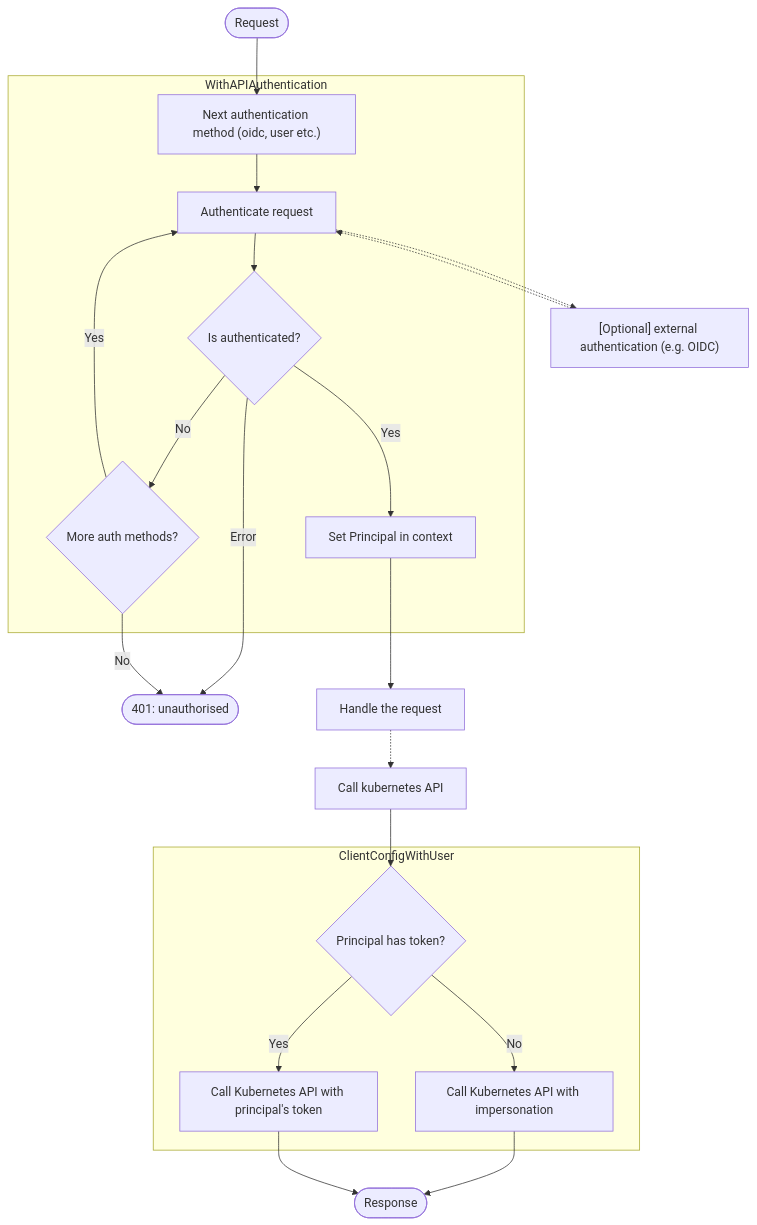
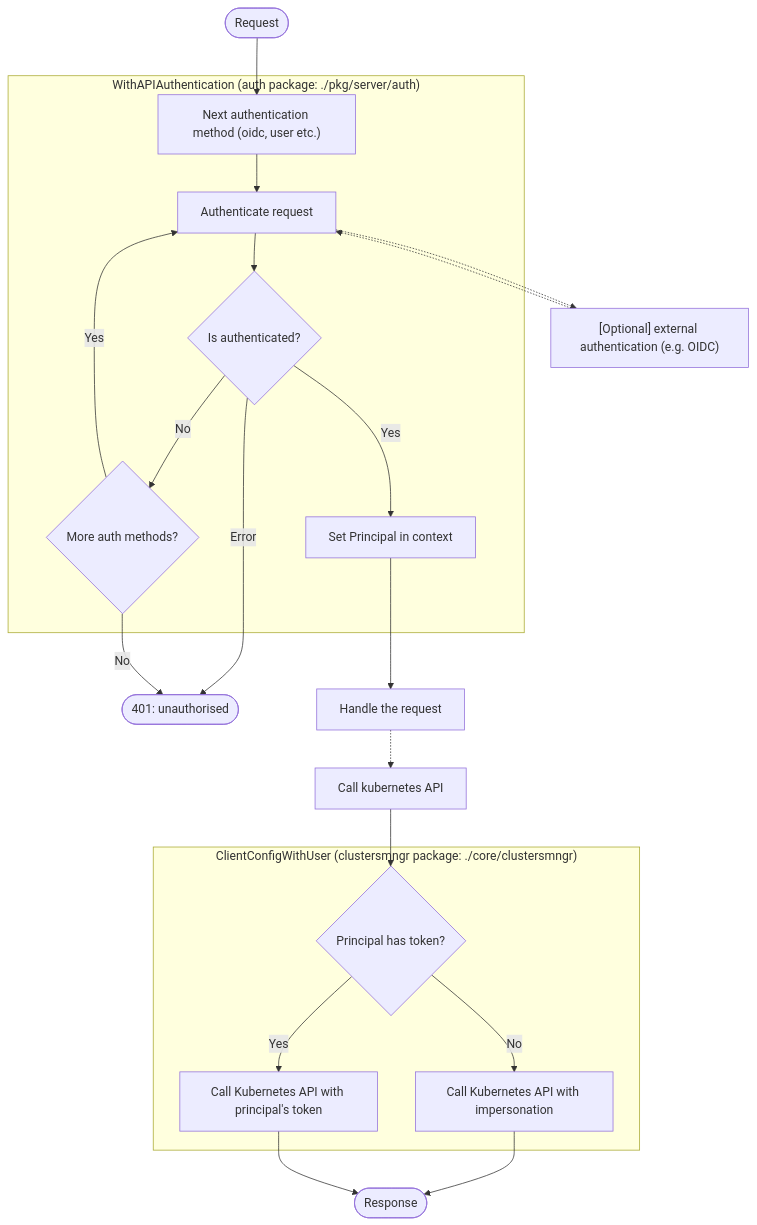
The diagram in doc/adr/0015-current-api-authentication-strategy.md (coolguy741/weave-gitops), drawn with Mermaid before and after one commit. The commit also changed other lines of this file and 1 other file, not shown here.

````diff
--- a/doc/adr/0015-current-api-authentication-strategy.md
+++ b/doc/adr/0015-current-api-authentication-strategy.md
@@ -24,33 +38,33 @@
 ```mermaid
 flowchart TD
   start([Request]) --> iterate["Next authentication method (oidc, user etc.)"]
 
   auth -.-> extAuth["[Optional] external authentication (e.g. OIDC)"]
   extAuth -.-> auth
 
-  subgraph WithAPIAuthentication
+  subgraph "WithAPIAuthentication (auth package: ./pkg/server/auth)"
     iterate --> auth[Authenticate request]
 
     auth --> isAuth{Is authenticated?}
 
     isAuth --> |No| isLast{More auth methods?}
     isAuth --> |Yes| set[Set Principal in context]
 
   end
   isAuth --> |Error| unauthorised(["401: unauthorised"])
   isLast --> |No| unauthorised
   isLast --> |Yes| auth
 
   set --> handlers[Handle the request]
   handlers -.->  k8sCall[Call kubernetes API]
   k8sCall --> principalType{Principal has token?}
 
-  subgraph ClientConfigWithUser
+  subgraph "ClientConfigWithUser (clustersmngr package: ./core/clustersmngr)"
     principalType --> |No| impersonate[Call Kubernetes API with impersonation]
     principalType --> |Yes| passthrough[Call Kubernetes API with principal's token]
 
   end
 
   impersonate --> response([Response])
   passthrough --> response([Response])
 ```
````
